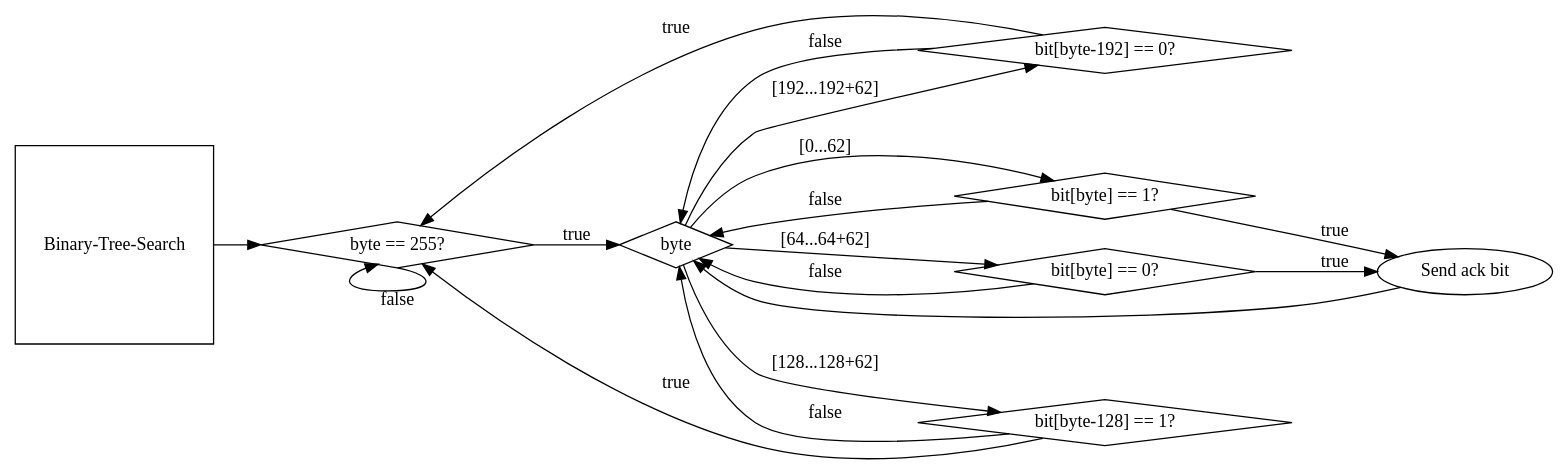
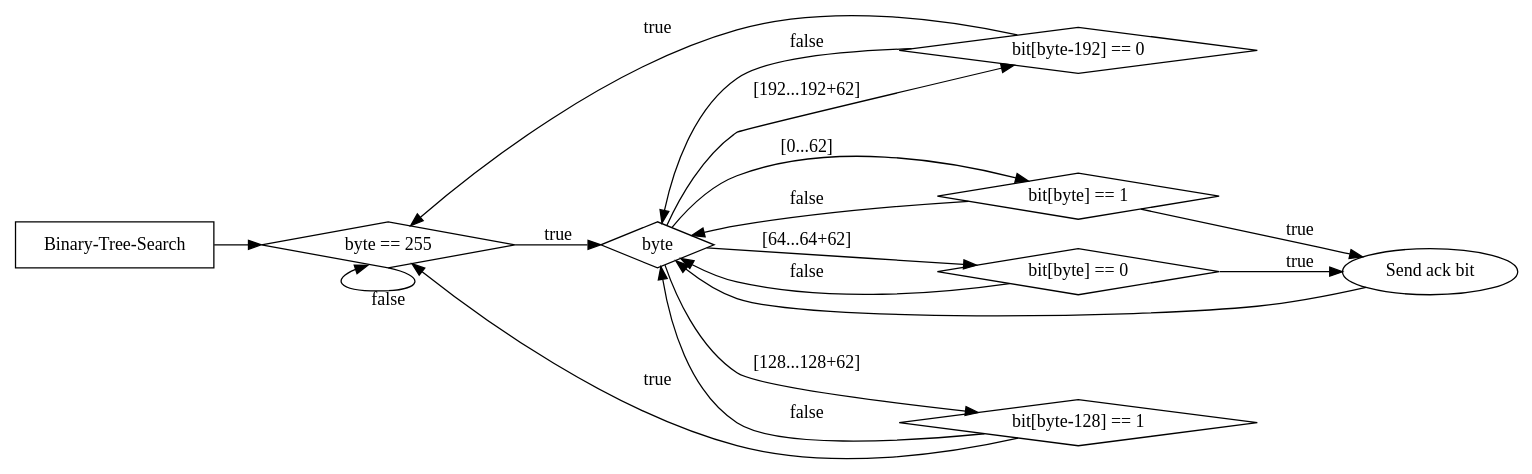
Before and after one commit to ZIMO-Elektronik/MDU: the diagram in data/binary_tree_search.dot, drawn with Graphviz. The commit also changed 6 other files, not shown here.

```diff
--- a/data/binary_tree_search.dot
+++ b/data/binary_tree_search.dot
@@ -1,32 +1,32 @@
 digraph {
   rankdir=LR;
 
-  start[shape=square, label="Binary-Tree-Search"];
+  start[shape=rect, label="Binary-Tree-Search"];
   start->_255;
-  _255[shape=diamond, label="byte == 255?"];
+  _255[shape=diamond, label="byte == 255"];
   _255->byte[label="true"];
   _255->_255[label="false", tailport=s, headport=sw];
   byte[shape=diamond, label="byte"];
 
-  bit1[shape=diamond, label="bit[byte] == 1?"];
+  bit1[shape=diamond, label="bit[byte] == 1"];
   byte->bit1[label="[0...62]"];
-  bit0[shape=diamond, label="bit[byte] == 0?"];
+  bit0[shape=diamond, label="bit[byte] == 0"];
   byte->bit0[label="[64...64+62]"];
 
-  ignore_if_1[shape=diamond, label="bit[byte-128] == 1?"];
+  ignore_if_1[shape=diamond, label="bit[byte-128] == 1"];
   byte->ignore_if_1[label="[128...128+62]"];
-  ignore_if_0[shape=diamond, label="bit[byte-192] == 0?"];
+  ignore_if_0[shape=diamond, label="bit[byte-192] == 0"];
   byte->ignore_if_0[label="[192...192+62]"];  
 
   ack[label="Send ack bit"];
   bit1->ack[label="true"];
   bit1->byte[label="false"];
   bit0->ack[label="true"];
   bit0->byte[label="false"];
   ack->byte;
 
   ignore_if_1->_255[label="true"];
   ignore_if_1->byte[label="false"];
   ignore_if_0->_255[label="true"];
   ignore_if_0->byte[label="false"];  
 }
```
